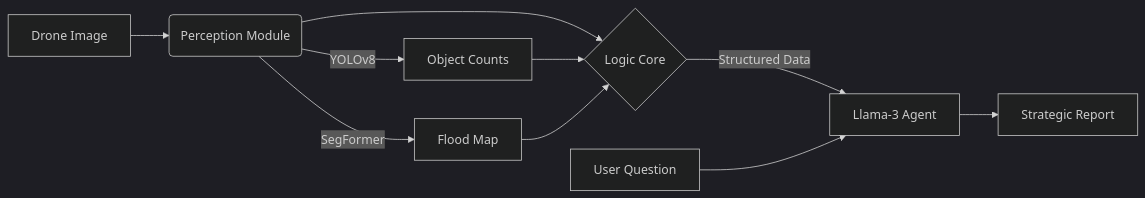
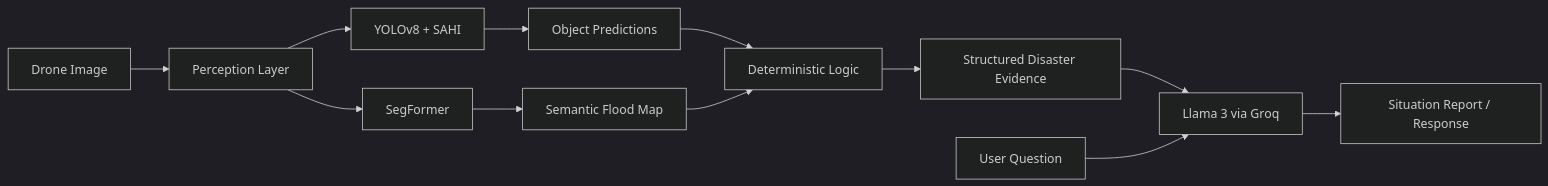
One commit to Tirush-Leo/ResQ-Agent changed the diagram in README.md. Above: the diagram before and after it, drawn with Mermaid (dark theme). The commit also changed other lines of this file, not shown here.

````diff
--- a/README.md
+++ b/README.md
@@ -84,12 +83,20 @@
 ```mermaid
 graph LR
-    A[Drone Image] --> B(Perception Module);
-    B --> C{Logic Core};
-    B -->|YOLOv8| D[Object Counts];
-    B -->|SegFormer| E[Flood Map];
-    D --> C;
-    E --> C;
-    C -->|Structured Data| F[Llama-3 Agent];
-    U[User Question] --> F;
-    F --> G[Strategic Report];
+    A[Drone Image] --> B[Perception Layer]
+
+    B --> C[YOLOv8 + SAHI]
+    B --> D[SegFormer]
+
+    C --> E[Object Predictions]
+    D --> F[Semantic Flood Map]
+
+    E --> G[Deterministic Logic]
+    F --> G
+
+    G --> H[Structured Disaster Evidence]
+
+    H --> I[Llama 3 via Groq]
+    J[User Question] --> I
+
+    I --> K[Situation Report / Response]
 ```
````
